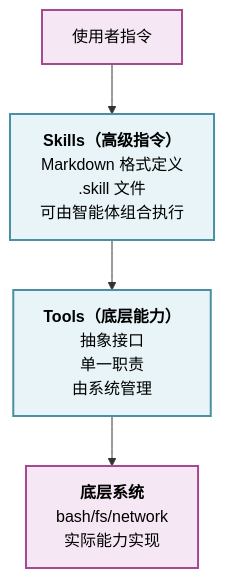
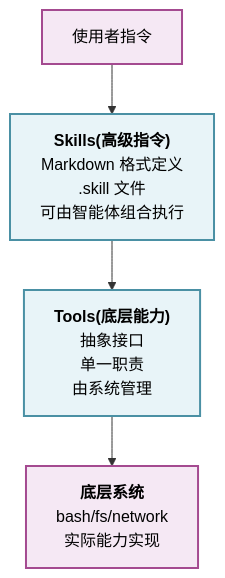
The diagram in 05_tool_layer/README.md (yeasy/harness_engineering_guide), drawn with Mermaid before and after one commit. The commit also changed 58 other files, not shown here.

````diff
--- a/05_tool_layer/README.md
+++ b/05_tool_layer/README.md
@@ -67,11 +67,11 @@
 ```mermaid
 graph TD
-    A["使用者指令"] --> B["<b>Skills（高级指令）</b><br/>Markdown 格式定义<br/>.skill 文件<br/>可由智能体组合执行"]
-    B --> C["<b>Tools（底层能力）</b><br/>抽象接口<br/>单一职责<br/>由系统管理"]
+    A["使用者指令"] --> B["<b>Skills(高级指令)</b><br/>Markdown 格式定义<br/>.skill 文件<br/>可由智能体组合执行"]
+    B --> C["<b>Tools(底层能力)</b><br/>抽象接口<br/>单一职责<br/>由系统管理"]
     C --> D["<b>底层系统</b><br/>bash/fs/network<br/>实际能力实现"]
 
     style A fill:#f5e8f4,stroke:#a44a90,stroke-width:2px,color:#000000
     style B fill:#e8f4f8,stroke:#4a90a4,stroke-width:2px,color:#000000
     style C fill:#e8f4f8,stroke:#4a90a4,stroke-width:2px,color:#000000
     style D fill:#f5e8f4,stroke:#a44a90,stroke-width:2px,color:#000000
 ```
````
